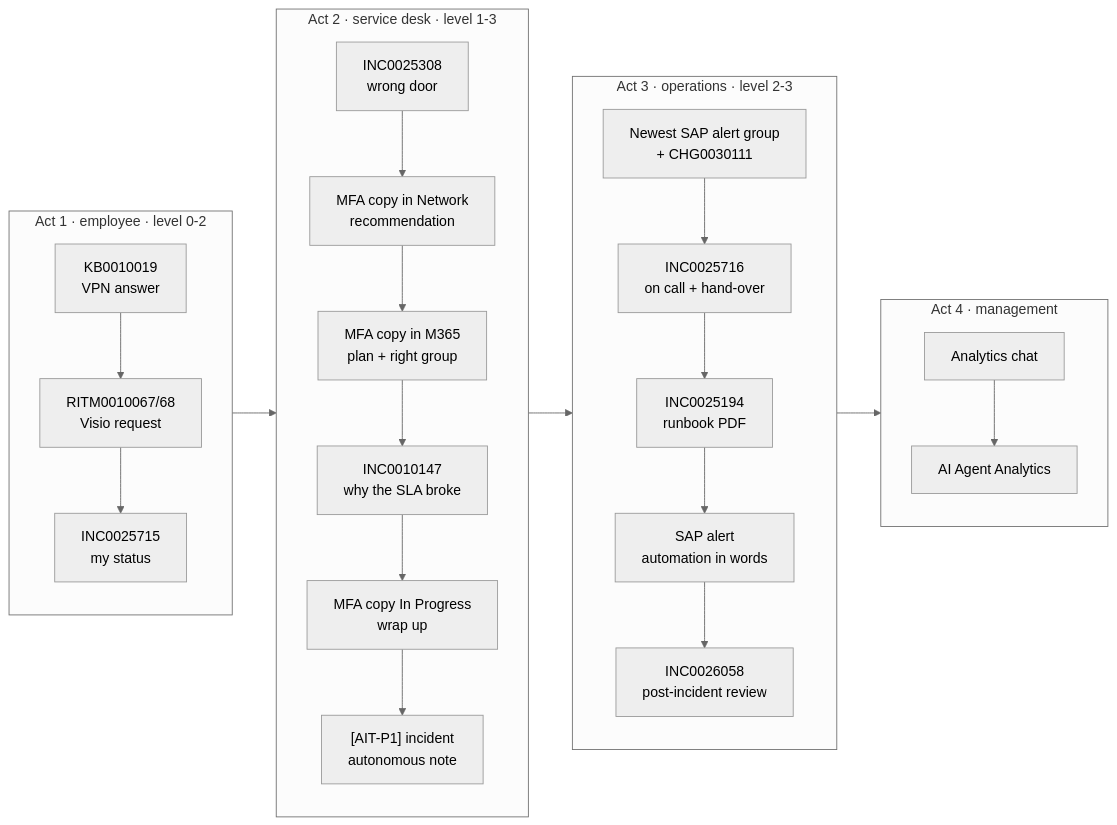
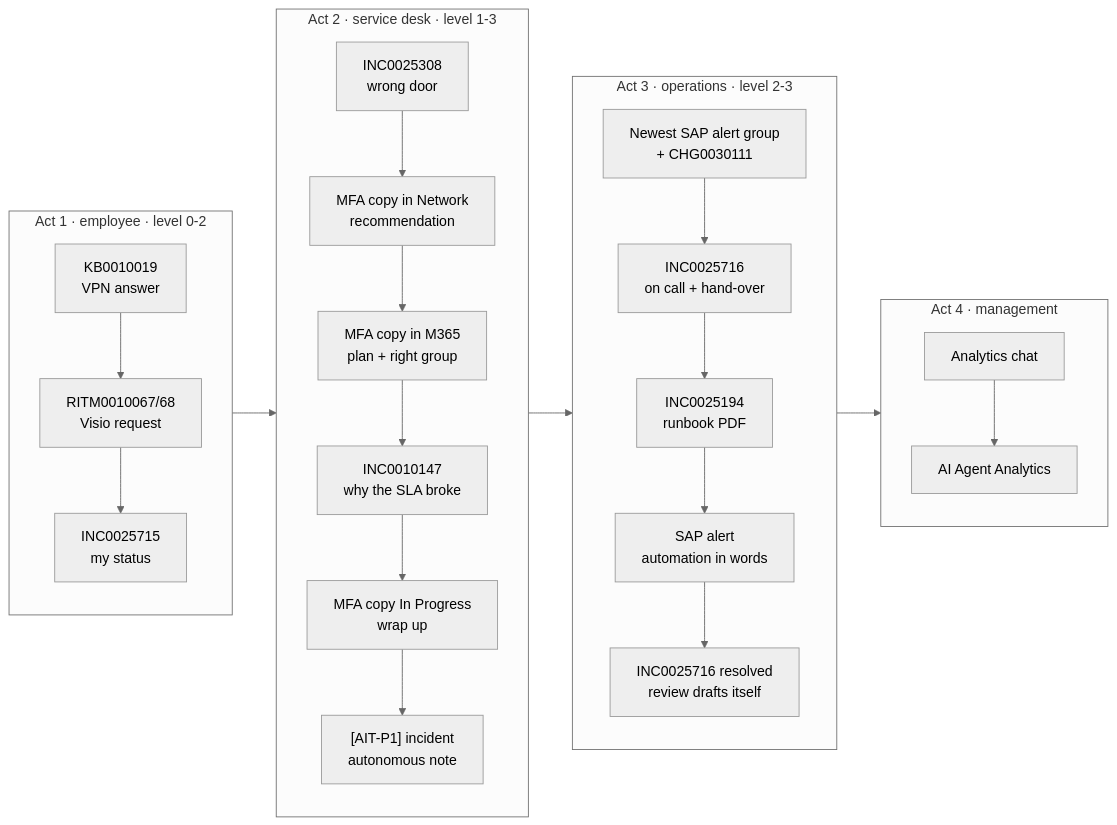
One commit to caabayfe/agenticsn changed the diagram in docs/reports/autonomous-it-everis2/09-demo-route.md. Above: the diagram before and after it, drawn with Mermaid (neutral theme). The commit also changed other lines of this file and 2 other files, not shown here.

Commit message:
docs(reports): scene 3.5 runs on the automatic post incident review trigger

````diff
--- a/docs/reports/autonomous-it-everis2/09-demo-route.md
+++ b/docs/reports/autonomous-it-everis2/09-demo-route.md
@@ -40,16 +40,16 @@
 ```mermaid
 flowchart LR
   subgraph A1["Act 1 · employee · level 0-2"]
     KB["KB0010019<br/>VPN answer"] --> VIS["RITM0010067/68<br/>Visio request"] --> ST["INC0025715<br/>my status"]
   end
   subgraph A2["Act 2 · service desk · level 1-3"]
     MON["INC0025308<br/>wrong door"] --> REC["MFA copy in Network<br/>recommendation"] --> WG["MFA copy in M365<br/>plan + right group"] --> SLA["INC0010147<br/>why the SLA broke"] --> WR["MFA copy In Progress<br/>wrap up"] --> P1["[AIT-P1] incident<br/>autonomous note"]
   end
   subgraph A3["Act 3 · operations · level 2-3"]
-    AL["Newest SAP alert group<br/>+ CHG0030111"] --> OC["INC0025716<br/>on call + hand-over"] --> RB["INC0025194<br/>runbook PDF"] --> AU["SAP alert<br/>automation in words"] --> PIR["INC0026058<br/>post-incident review"]
+    AL["Newest SAP alert group<br/>+ CHG0030111"] --> OC["INC0025716<br/>on call + hand-over"] --> RB["INC0025194<br/>runbook PDF"] --> AU["SAP alert<br/>automation in words"] --> PIR["INC0025716 resolved<br/>review drafts itself"]
   end
   subgraph A4["Act 4 · management"]
     AN["Analytics chat"] --> GOV["AI Agent Analytics"]
   end
   A1 --> A2 --> A3 --> A4
 ```
````
